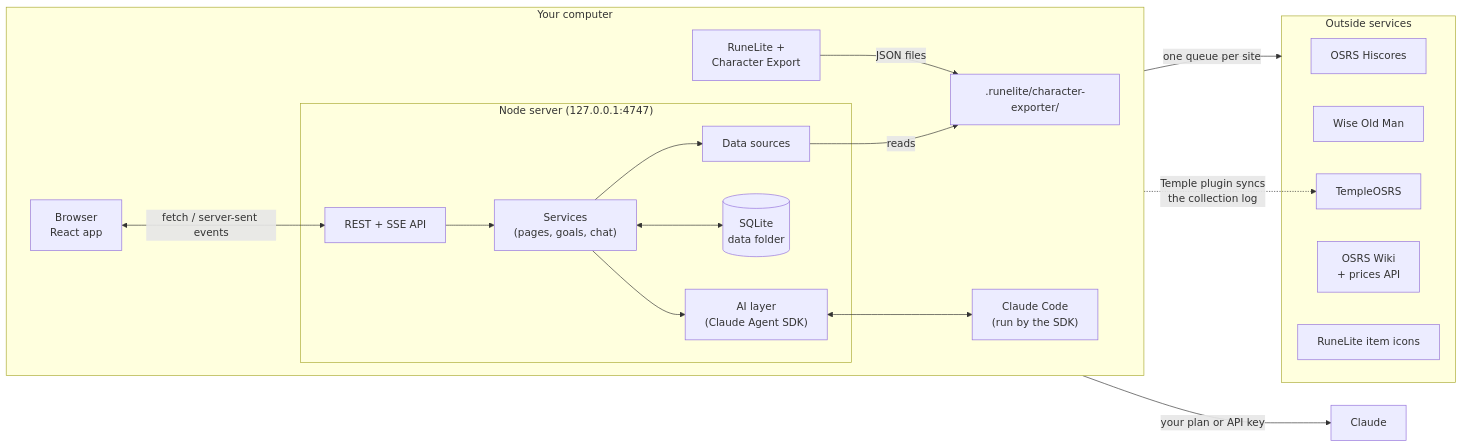
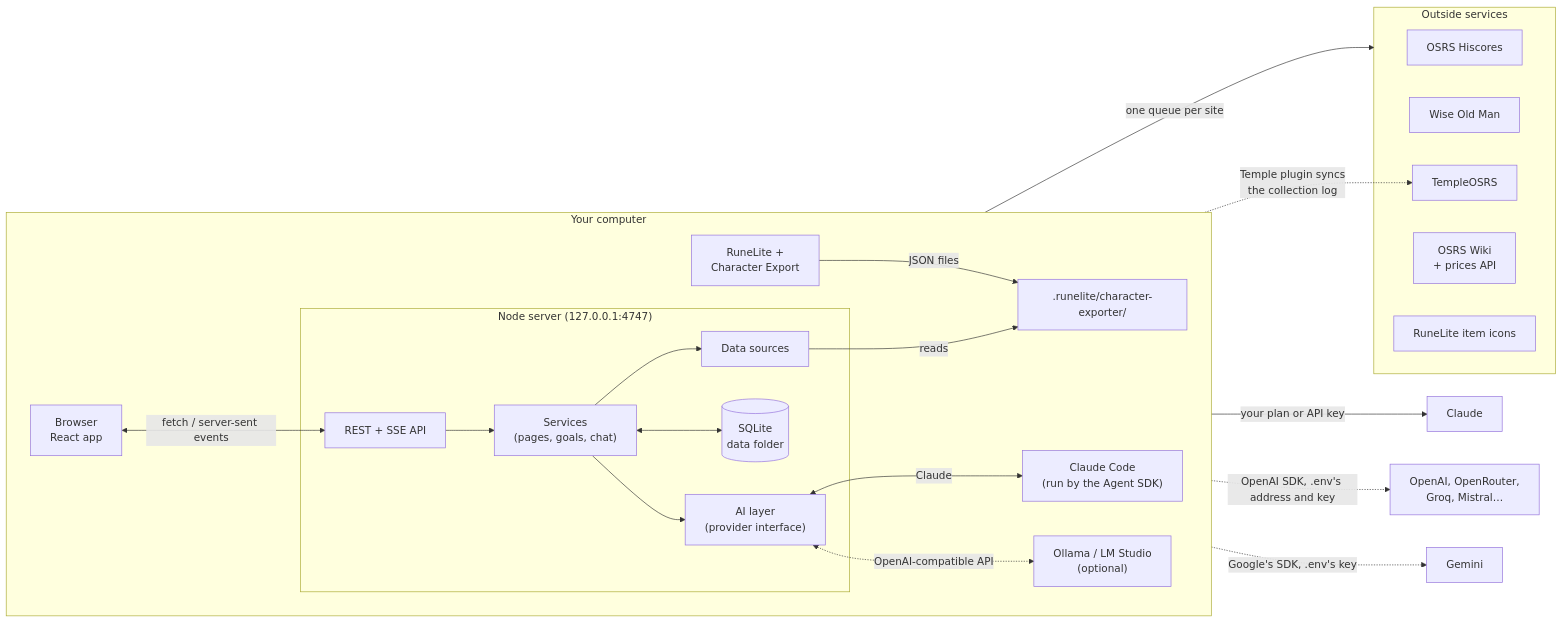
The first of 5 diagrams in ARCHITECTURE.md (Goff-Davis/wise-old-model), drawn with Mermaid before and after one commit. The commit also changed other lines of this file and 56 other files, not shown here.

First line of the commit message:
Let the chat use OpenAI-compatible models and Gemini as well as Claude

````diff
--- a/ARCHITECTURE.md
+++ b/ARCHITECTURE.md
@@ -21,35 +21,39 @@
 ```mermaid
 flowchart LR
   subgraph PC["Your computer"]
     direction LR
     Browser["Browser<br/>React app"]
     subgraph Server["Node server (127.0.0.1:4747)"]
       API["REST + SSE API"]
       Services["Services<br/>(pages, goals, chat)"]
       Sources["Data sources"]
       DB[("SQLite<br/>data folder")]
-      AI["AI layer<br/>(Claude Agent SDK)"]
+      AI["AI layer<br/>(provider interface)"]
     end
     RL["RuneLite +<br/>Character Export"] -- "JSON files" --> Files[".runelite/character-exporter/"]
-    CC["Claude Code<br/>(run by the SDK)"]
+    CC["Claude Code<br/>(run by the Agent SDK)"]
+    Local["Ollama / LM Studio<br/>(optional)"]
   end
 
   Browser <-- "fetch / server-sent events" --> API
   API --> Services
   Services --> Sources
   Services <--> DB
   Services --> AI
-  AI <--> CC
+  AI <-- "Claude" --> CC
+  AI <-. "OpenAI-compatible API" .-> Local
   Sources -- "reads" --> Files
   Sources -- "one queue per site" --> Ext
 
   subgraph Ext["Outside services"]
     H["OSRS Hiscores"]
     W["Wise Old Man"]
     T["TempleOSRS"]
     Wiki["OSRS Wiki<br/>+ prices API"]
     RLI["RuneLite item icons"]
   end
   CC -- "your plan or API key" --> Claude["Claude"]
+  AI -. "OpenAI SDK, .env's address and key" .-> OAI["OpenAI, OpenRouter,<br/>Groq, Mistral…"]
+  AI -. "Google's SDK, .env's key" .-> Gem["Gemini"]
   RL -. "Temple plugin syncs<br/>the collection log" .-> T
 ```
````
